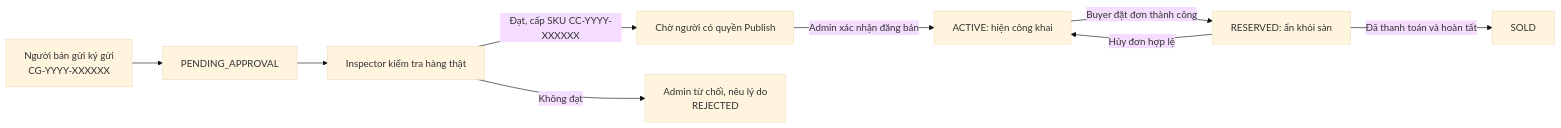
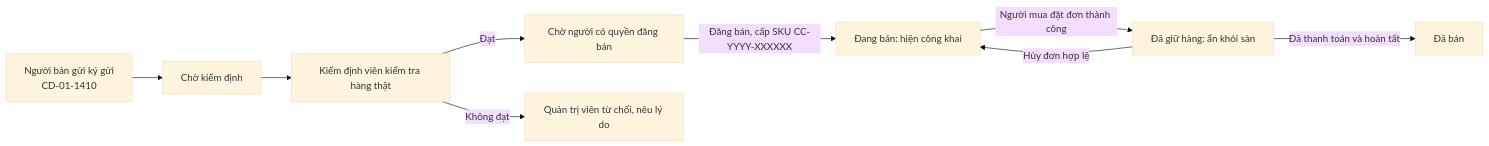
One commit to HoangMinhTrong/CoCoRetrade changed the first of 2 diagrams in README.md. Above: the diagram before and after it, drawn with Mermaid (base theme). The commit also changed other lines of this file and 118 other files, not shown here.

````diff
--- a/README.md
+++ b/README.md
@@ -78,11 +87,11 @@
 ```mermaid
 flowchart LR
-    A["Người bán gửi ký gửi<br/>CG-YYYY-XXXXXX"] --> B["PENDING_APPROVAL"]
-    B --> C["Inspector kiểm tra hàng thật"]
-    C -->|Đạt, cấp SKU CC-YYYY-XXXXXX| D["Chờ người có quyền Publish"]
-    C -->|Không đạt| E["Admin từ chối, nêu lý do<br/>REJECTED"]
-    D -->|Admin xác nhận đăng bán| F["ACTIVE: hiện công khai"]
-    F -->|Buyer đặt đơn thành công| G["RESERVED: ẩn khỏi sàn"]
+    A["Người bán gửi ký gửi<br/>CD-01-1410"] --> B["Chờ kiểm định"]
+    B --> C["Kiểm định viên kiểm tra hàng thật"]
+    C -->|Đạt| D["Chờ người có quyền đăng bán"]
+    C -->|Không đạt| E["Quản trị viên từ chối, nêu lý do"]
+    D -->|Đăng bán, cấp SKU CC-YYYY-XXXXXX| F["Đang bán: hiện công khai"]
+    F -->|Người mua đặt đơn thành công| G["Đã giữ hàng: ẩn khỏi sàn"]
     G -->|Hủy đơn hợp lệ| F
-    G -->|Đã thanh toán và hoàn tất| H["SOLD"]
+    G -->|Đã thanh toán và hoàn tất| H["Đã bán"]
 ```
````
